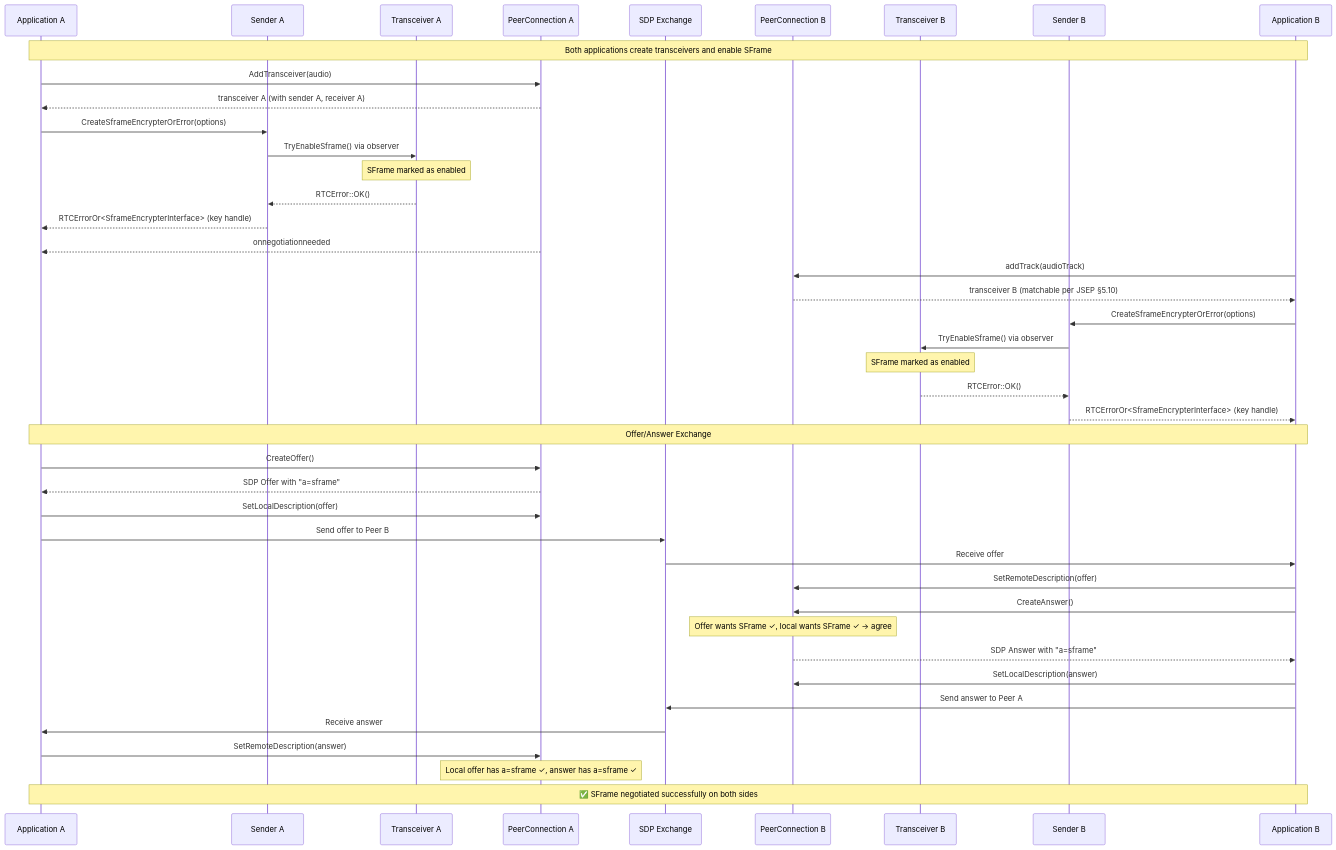
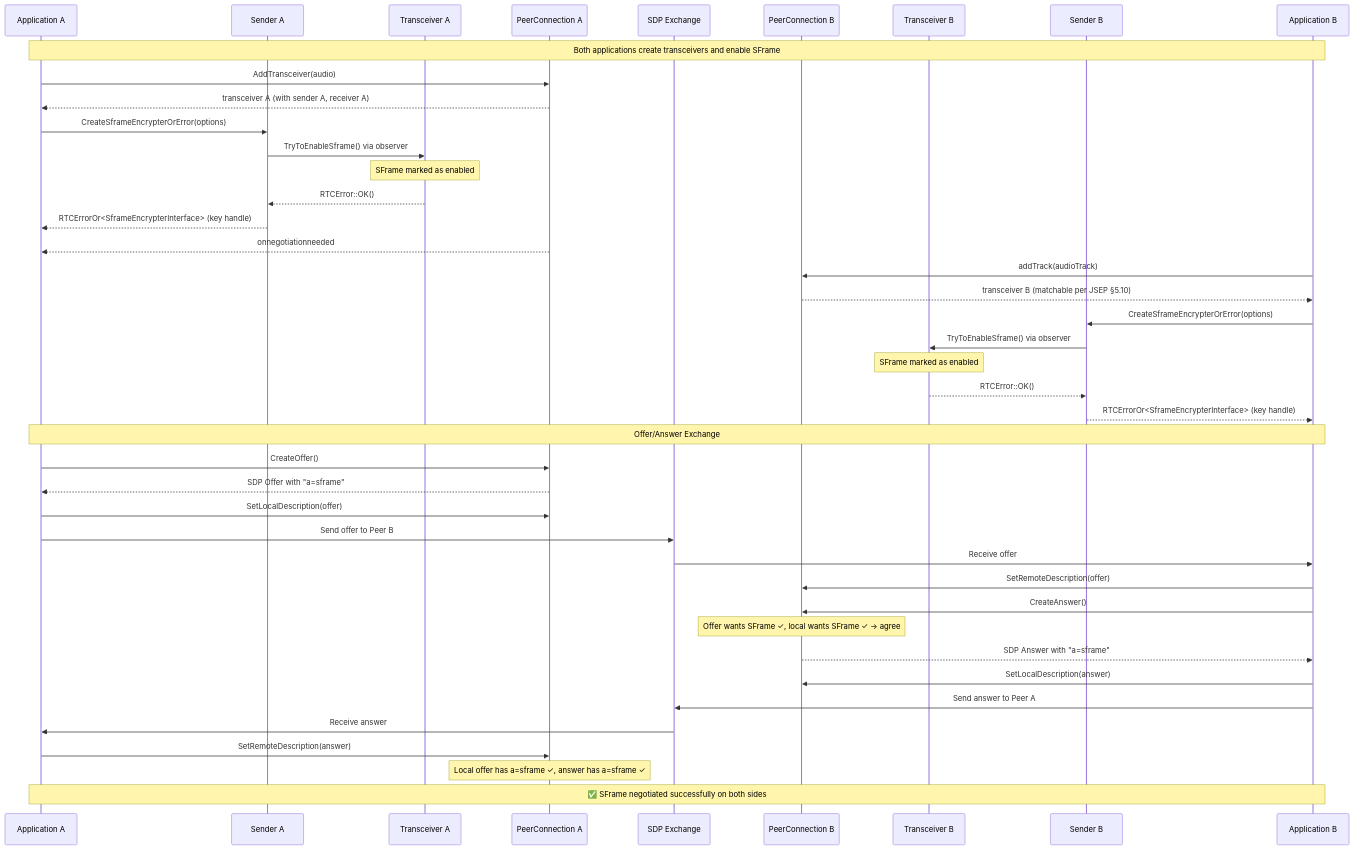
The first of 6 diagrams in negotiation.md (webex/webrtc-sframe), drawn with Mermaid before and after one commit. The commit also changed other lines of this file and 1 other file, not shown here.

Commit message:
updated diagrams

````diff
--- a/negotiation.md
+++ b/negotiation.md
@@ -88,58 +88,58 @@
 ```mermaid
 sequenceDiagram
     participant AppA as Application A
     participant SA as Sender A
     participant TA as Transceiver A
     participant PCA as PeerConnection A
     participant SDP as SDP Exchange
     participant PCB as PeerConnection B
     participant TB as Transceiver B
     participant SB as Sender B
     participant AppB as Application B
 
     Note over AppA,AppB: Both applications create transceivers and enable SFrame
 
     AppA->>PCA: AddTransceiver(audio)
     PCA-->>AppA: transceiver A (with sender A, receiver A)
 
     AppA->>SA: CreateSframeEncrypterOrError(options)
-    SA->>TA: TryEnableSframe() via observer
+    SA->>TA: TryToEnableSframe() via observer
     Note over TA: SFrame marked as enabled
     TA-->>SA: RTCError::OK()
     SA-->>AppA: RTCErrorOr<SframeEncrypterInterface> (key handle)
 
     PCA-->>AppA: onnegotiationneeded
 
     AppB->>PCB: addTrack(audioTrack)
     PCB-->>AppB: transceiver B (matchable per JSEP §5.10)
 
     AppB->>SB: CreateSframeEncrypterOrError(options)
-    SB->>TB: TryEnableSframe() via observer
+    SB->>TB: TryToEnableSframe() via observer
     Note over TB: SFrame marked as enabled
     TB-->>SB: RTCError::OK()
     SB-->>AppB: RTCErrorOr<SframeEncrypterInterface> (key handle)
 
     Note over AppA,AppB: Offer/Answer Exchange
 
     AppA->>PCA: CreateOffer()
     PCA-->>AppA: SDP Offer with "a=sframe"
 
     AppA->>PCA: SetLocalDescription(offer)
     AppA->>SDP: Send offer to Peer B
 
     SDP->>AppB: Receive offer
     AppB->>PCB: SetRemoteDescription(offer)
 
     AppB->>PCB: CreateAnswer()
     Note over PCB: Offer wants SFrame ✓, local wants SFrame ✓ → agree
     PCB-->>AppB: SDP Answer with "a=sframe"
 
     AppB->>PCB: SetLocalDescription(answer)
     AppB->>SDP: Send answer to Peer A
 
     SDP->>AppA: Receive answer
     AppA->>PCA: SetRemoteDescription(answer)
     Note over PCA: Local offer has a=sframe ✓, answer has a=sframe ✓
 
     Note over AppA,AppB: ✅ SFrame negotiated successfully on both sides
 ```
````
